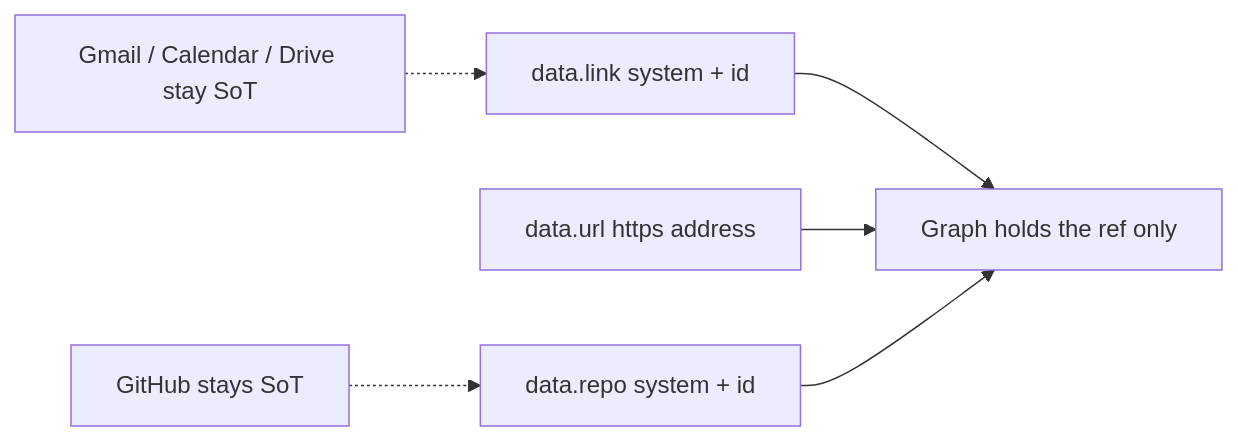
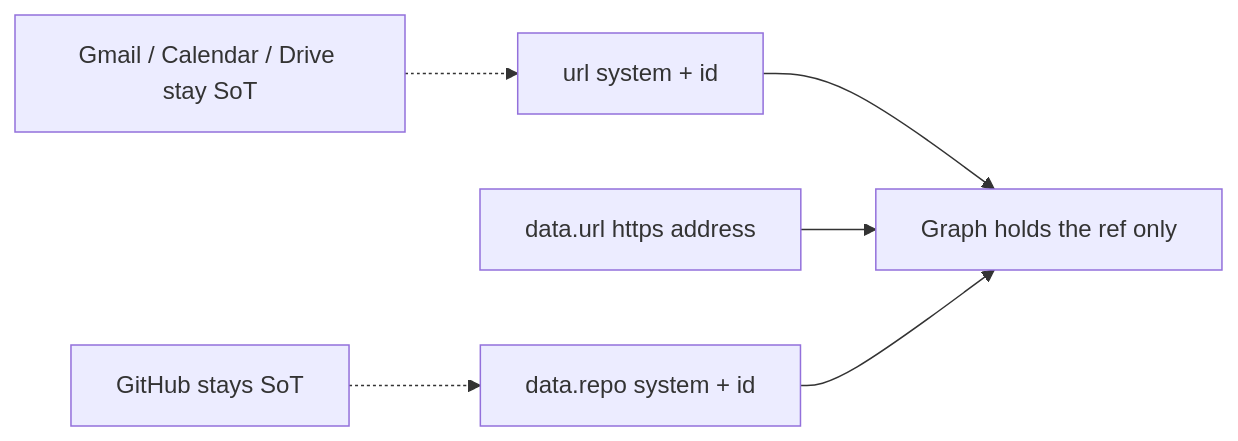
The eighth of 11 diagrams in docs/ARCHITECTURE.md (dgraziosi/foundation), drawn with Mermaid before and after one commit. The commit also changed other lines of this file and 33 other files, not shown here.

First line of the commit message:
Search url and repo are the live filters; link is the edge verb

````diff
--- a/docs/ARCHITECTURE.md
+++ b/docs/ARCHITECTURE.md
@@ -222,14 +222,14 @@
 ```mermaid
 flowchart LR
   sot["Gmail / Calendar / Drive stay SoT"]
-  link_ref["data.link system + id"]
+  url_ref_id["url system + id"]
   url_ref["data.url https address"]
   repo_sot["GitHub stays SoT"]
   repo_ref["data.repo system + id"]
   holds_ref["Graph holds the ref only"]
-  sot -.-> link_ref
-  link_ref --> holds_ref
+  sot -.-> url_ref_id
+  url_ref_id --> holds_ref
   url_ref --> holds_ref
   repo_sot -.-> repo_ref
   repo_ref --> holds_ref
 ```
````
